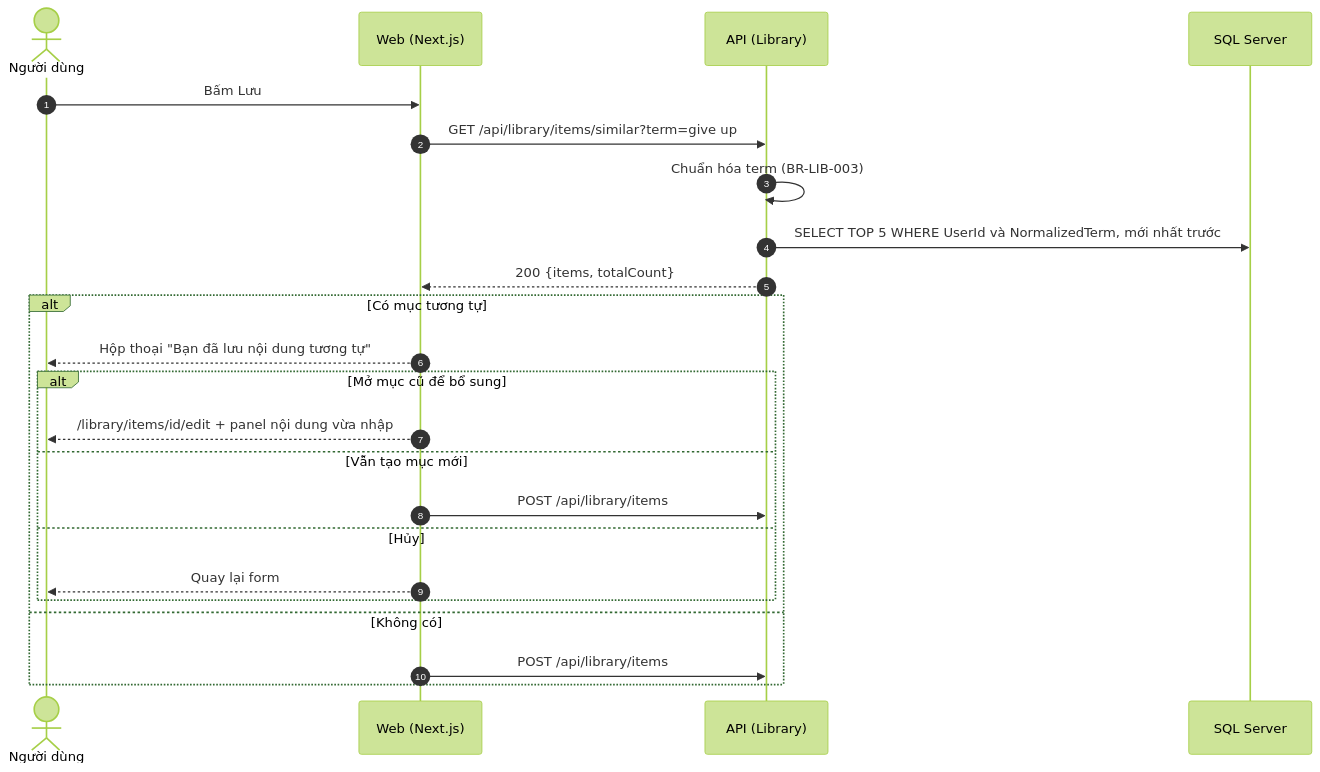
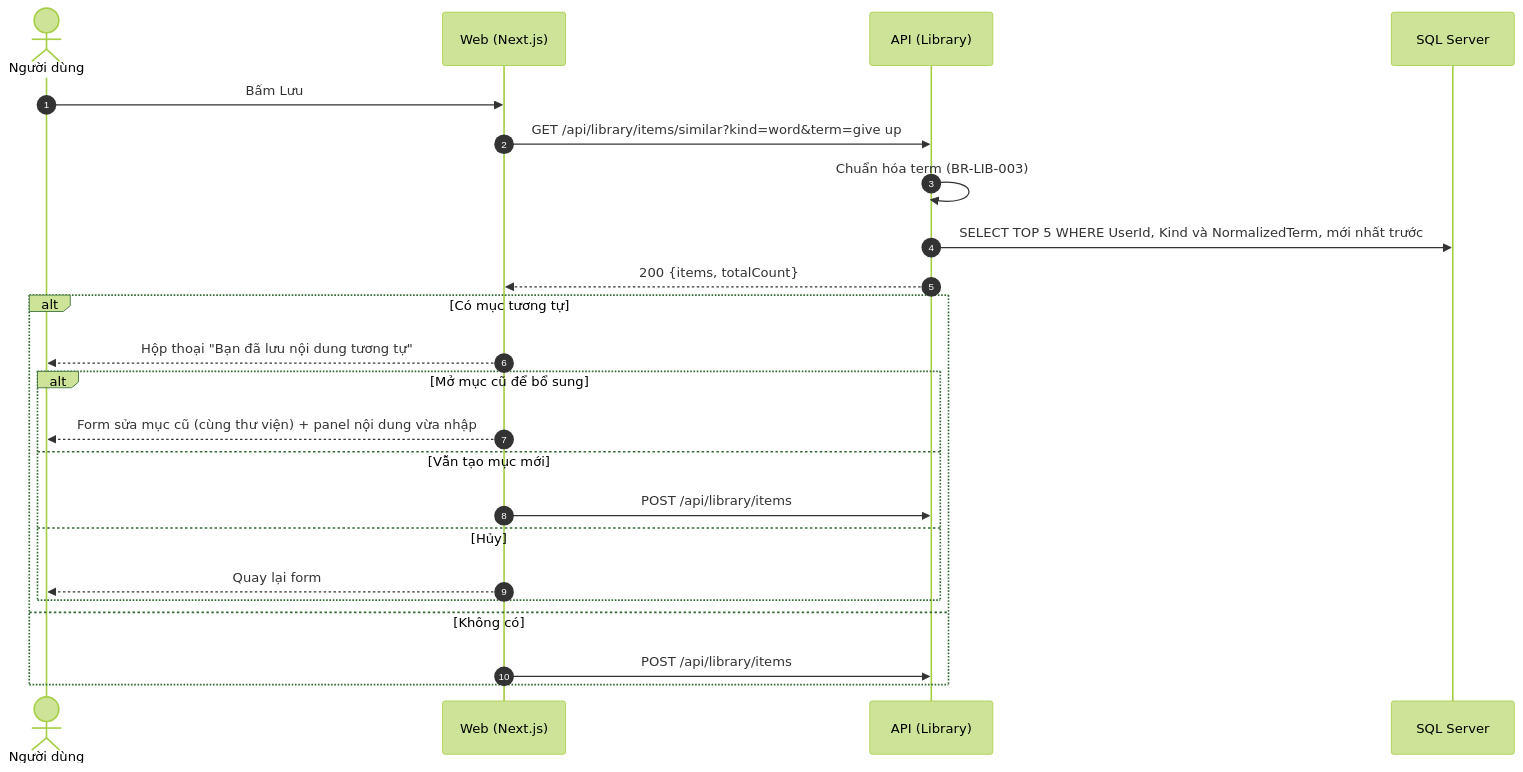
The second of 2 diagrams in docs/features/knowledge-items/srs/US-LIB-02-similar-item-hint.md (pamela172103/Lingozi), drawn with Mermaid (forest theme) before and after one commit. The commit also changed other lines of this file and 91 other files, not shown here.

````diff
--- a/docs/features/knowledge-items/srs/US-LIB-02-similar-item-hint.md
+++ b/docs/features/knowledge-items/srs/US-LIB-02-similar-item-hint.md
@@ -96,25 +97,25 @@
 ```mermaid
 sequenceDiagram
     autonumber
     actor U as Người dùng
     participant W as Web (Next.js)
     participant A as API (Library)
     participant DB as SQL Server
     U->>W: Bấm Lưu
-    W->>A: GET /api/library/items/similar?term=give up
+    W->>A: GET /api/library/items/similar?kind=word&term=give up
     A->>A: Chuẩn hóa term (BR-LIB-003)
-    A->>DB: SELECT TOP 5 WHERE UserId và NormalizedTerm, mới nhất trước
+    A->>DB: SELECT TOP 5 WHERE UserId, Kind và NormalizedTerm, mới nhất trước
     A-->>W: 200 {items, totalCount}
     alt Có mục tương tự
         W-->>U: Hộp thoại "Bạn đã lưu nội dung tương tự"
         alt Mở mục cũ để bổ sung
-            W-->>U: /library/items/id/edit + panel nội dung vừa nhập
+            W-->>U: Form sửa mục cũ (cùng thư viện) + panel nội dung vừa nhập
         else Vẫn tạo mục mới
             W->>A: POST /api/library/items
         else Hủy
             W-->>U: Quay lại form
         end
     else Không có
         W->>A: POST /api/library/items
     end
 ```
````
